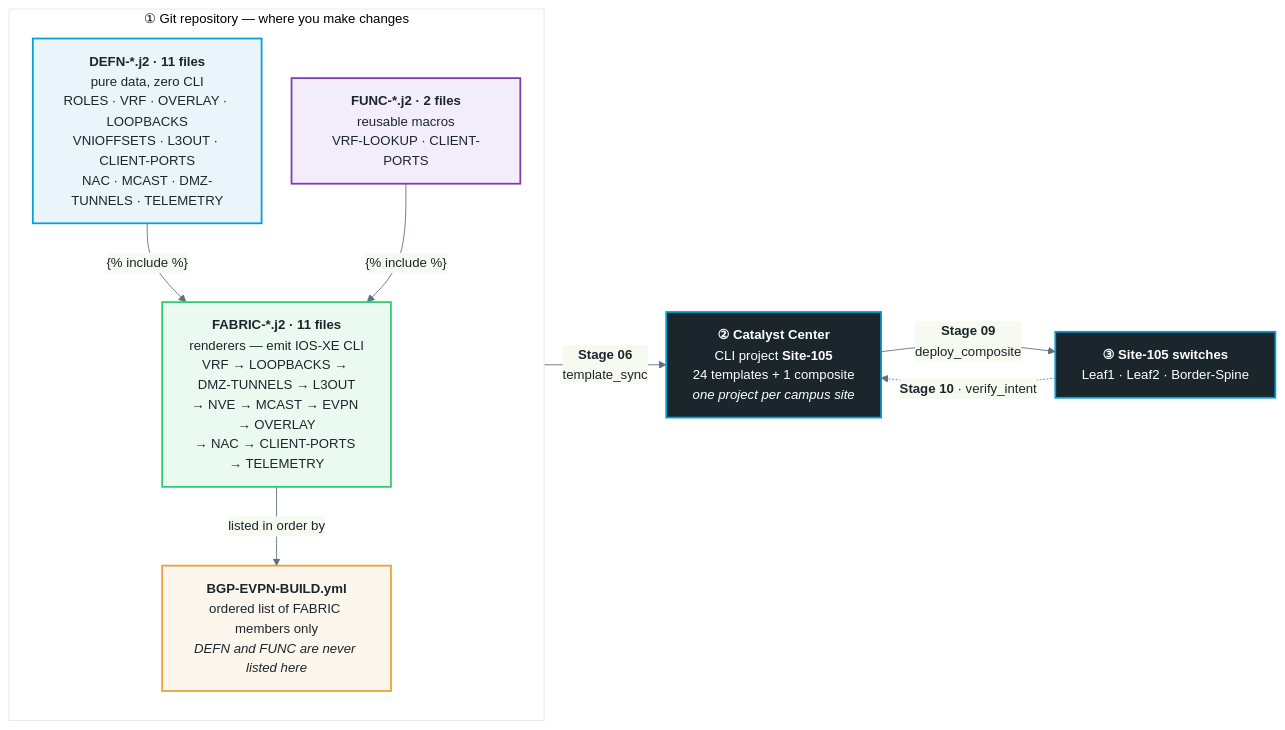
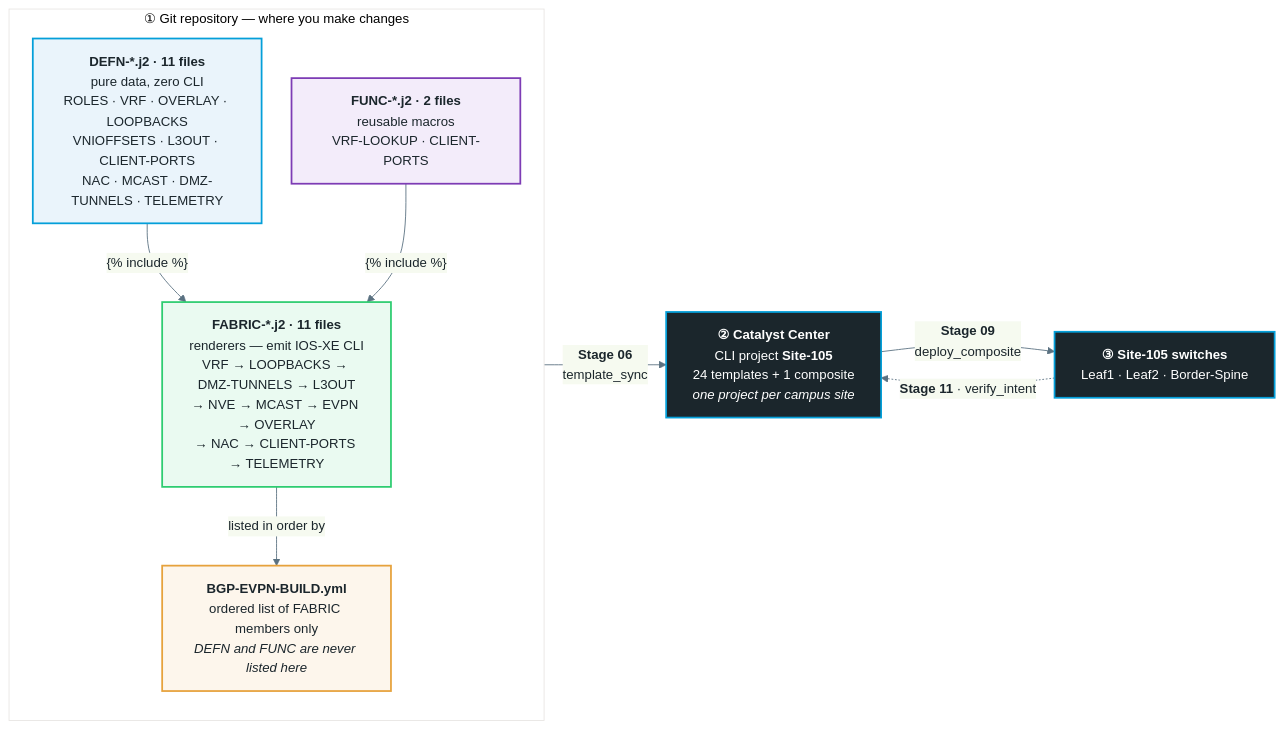
Before and after one commit to imanassypov/cisco-one-experience-lab-automation: the diagram in User Guide/automation_images/template-model.mmd, drawn with Mermaid. The commit also changed 5 other files, not shown here.

```diff
--- a/User Guide/automation_images/template-model.mmd
+++ b/User Guide/automation_images/template-model.mmd
@@ -1,43 +1,43 @@
 ---
 config:
   theme: base
   themeVariables:
     primaryColor: "#f0f6fa"
     primaryTextColor: "#1b262c"
     primaryBorderColor: "#049fd9"
     lineColor: "#5a7181"
     fontSize: "15px"
   flowchart:
     htmlLabels: true
     nodeSpacing: 34
     rankSpacing: 42
 ---
 flowchart LR
   subgraph GIT["① Git repository — where you make changes"]
     direction TB
     DEFN["<b>DEFN-*.j2 · 11 files</b><br/>pure data, zero CLI<br/>ROLES · VRF · OVERLAY · LOOPBACKS<br/>VNIOFFSETS · L3OUT · CLIENT-PORTS<br/>NAC · MCAST · DMZ-TUNNELS · TELEMETRY"]
     FUNC["<b>FUNC-*.j2 · 2 files</b><br/>reusable macros<br/>VRF-LOOKUP · CLIENT-PORTS"]
     FABRIC["<b>FABRIC-*.j2 · 11 files</b><br/>renderers — emit IOS-XE CLI<br/>VRF → LOOPBACKS → DMZ-TUNNELS → L3OUT<br/>→ NVE → MCAST → EVPN → OVERLAY<br/>→ NAC → CLIENT-PORTS → TELEMETRY"]
     MANIFEST["<b>BGP-EVPN-BUILD.yml</b><br/>ordered list of FABRIC members only<br/><i>DEFN and FUNC are never listed here</i>"]
   end
 
   CATC["<b>② Catalyst Center</b><br/>CLI project <b>Site-105</b><br/>24 templates + 1 composite<br/><i>one project per campus site</i>"]
   DEV["<b>③ Site-105 switches</b><br/>Leaf1 · Leaf2 · Border-Spine"]
 
   DEFN -- "{% include %}" --> FABRIC
   FUNC -- "{% include %}" --> FABRIC
   FABRIC -- "listed in order by" --> MANIFEST
   MANIFEST -- "<b>Stage 06</b><br/>template_sync" --> CATC
   CATC -- "<b>Stage 09</b><br/>deploy_composite" --> DEV
-  DEV -. "<b>Stage 10</b> · verify_intent" .-> CATC
+  DEV -. "<b>Stage 11</b> · verify_intent" .-> CATC
 
   classDef defn fill:#eaf4fb,stroke:#049fd9,stroke-width:2px
   classDef func fill:#f3ecfa,stroke:#7d3cb5,stroke-width:2px
   classDef fab fill:#eafaf1,stroke:#2ecc71,stroke-width:2px
   classDef man fill:#fdf6ec,stroke:#e6a23c,stroke-width:2px
   classDef plat fill:#1b262c,stroke:#049fd9,color:#ffffff,stroke-width:2px
   class DEFN defn
   class FUNC func
   class FABRIC fab
   class MANIFEST man
   class CATC,DEV plat
```
